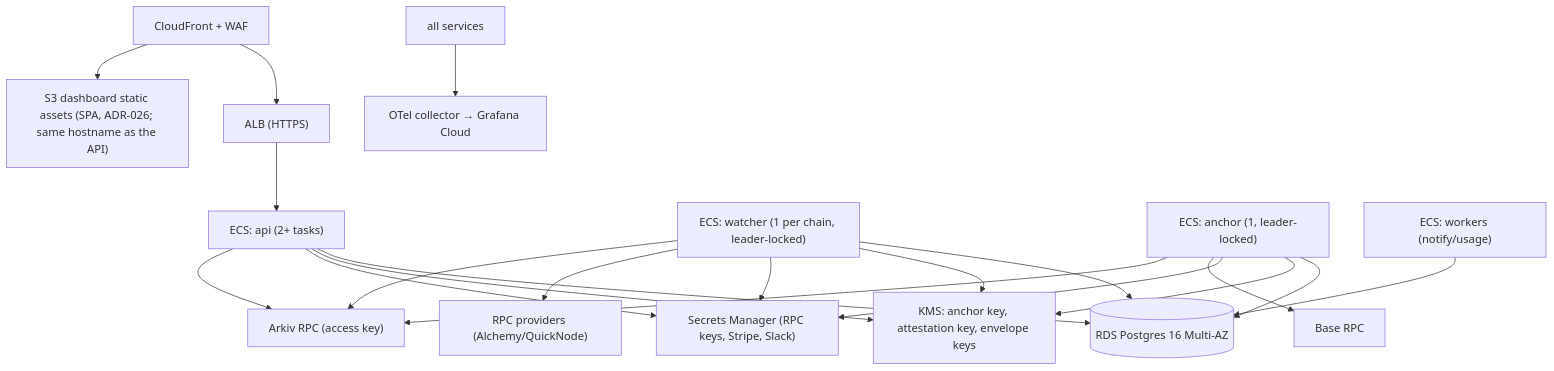
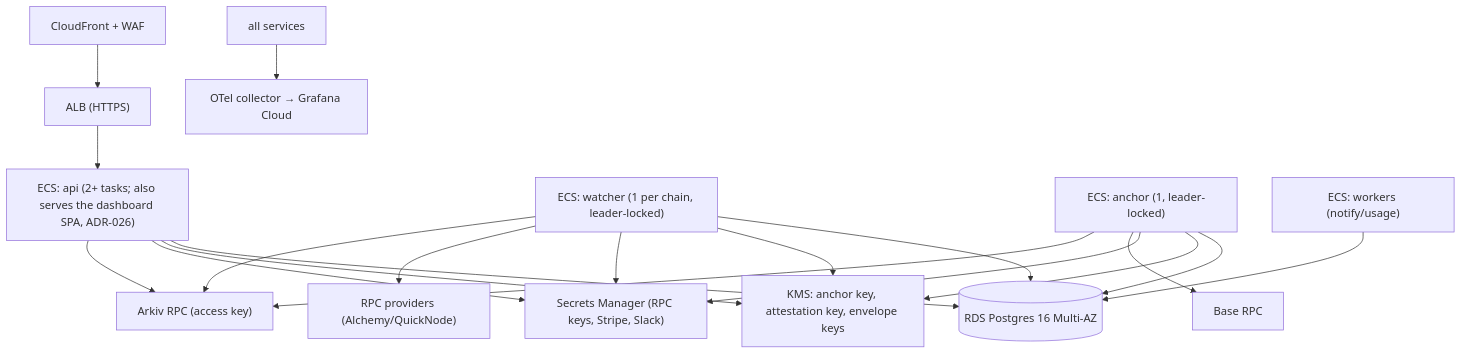
One commit to Gedion08/ArkiV-Agent- changed the diagram in docs/02-layers/L11-infra-devops-security.md. Above: the diagram before and after it, drawn with Mermaid. The commit also changed 32 other files, not shown here.

First line of the commit message:
feat(dashboard,api): P4-08 follow-up: API serves the SPA, wagmi wallets, agent list summary (ADR-026; L8 §4, L9 §1, §4.1)

````diff
--- a/docs/02-layers/L11-infra-devops-security.md
+++ b/docs/02-layers/L11-infra-devops-security.md
@@ -36,18 +36,17 @@
 ```mermaid
 flowchart TB
   CF["CloudFront + WAF"] --> ALB["ALB (HTTPS)"]
-  CF --> S3D["S3 dashboard static assets (SPA, ADR-026; same hostname as the API)"]
-  ALB --> API["ECS: api (2+ tasks)"]
+  ALB --> API["ECS: api (2+ tasks; also serves the dashboard SPA, ADR-026)"]
   API --> RDS[("RDS Postgres 16 Multi-AZ")]
   WAT["ECS: watcher (1 per chain, leader-locked)"] --> RDS
   ANC["ECS: anchor (1, leader-locked)"] --> RDS
   WRK["ECS: workers (notify/usage)"] --> RDS
   ANC --> KMS["KMS: anchor key, attestation key, envelope keys"]
   API --> KMS
   WAT --> KMS
   API & WAT & ANC --> SM["Secrets Manager (RPC keys, Stripe, Slack)"]
   WAT --> RPC["RPC providers (Alchemy/QuickNode)"]
   ANC --> BASE["Base RPC"]
   ANC & WAT & API --> ARK["Arkiv RPC (access key)"]
   ALL["all services"] --> OTEL["OTel collector → Grafana Cloud"]
 ```
````
